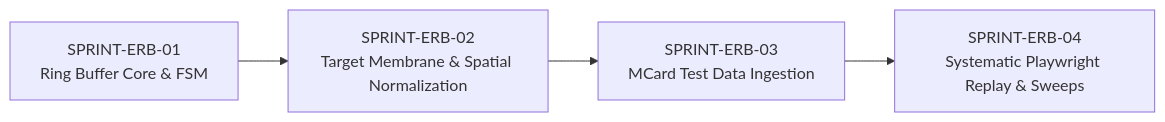
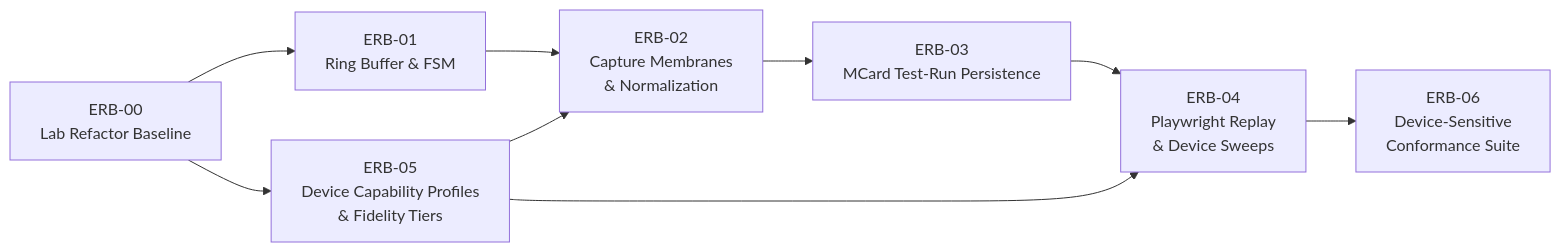
The diagram in docs/sprints/_active/INDEX.md (xlp0/LandingPage), drawn with Mermaid before and after one commit. The commit also changed other lines of this file and 11 other files, not shown here.

Commit message:
docs(sprints): refine ERB series against code; add ERB-00/05/06 for device-sensitive testing

````diff
--- a/docs/sprints/_active/INDEX.md
+++ b/docs/sprints/_active/INDEX.md
@@ -36,6 +67,11 @@
 ```mermaid
 graph LR
-    S1["SPRINT-ERB-01<br/>Ring Buffer Core & FSM"] --> S2["SPRINT-ERB-02<br/>Target Membrane & Spatial Normalization"]
-    S2 --> S3["SPRINT-ERB-03<br/>MCard Test Data Ingestion"]
-    S3 --> S4["SPRINT-ERB-04<br/>Systematic Playwright Replay & Sweeps"]
+    S0["ERB-00<br/>Lab Refactor Baseline"] --> S1["ERB-01<br/>Ring Buffer & FSM"]
+    S0 --> S5["ERB-05<br/>Device Capability Profiles<br/>& Fidelity Tiers"]
+    S1 --> S2["ERB-02<br/>Capture Membranes<br/>& Normalization"]
+    S5 --> S2
+    S2 --> S3["ERB-03<br/>MCard Test-Run Persistence"]
+    S3 --> S4["ERB-04<br/>Playwright Replay<br/>& Device Sweeps"]
+    S5 --> S4
+    S4 --> S6["ERB-06<br/>Device-Sensitive<br/>Conformance Suite"]
 ```
````
